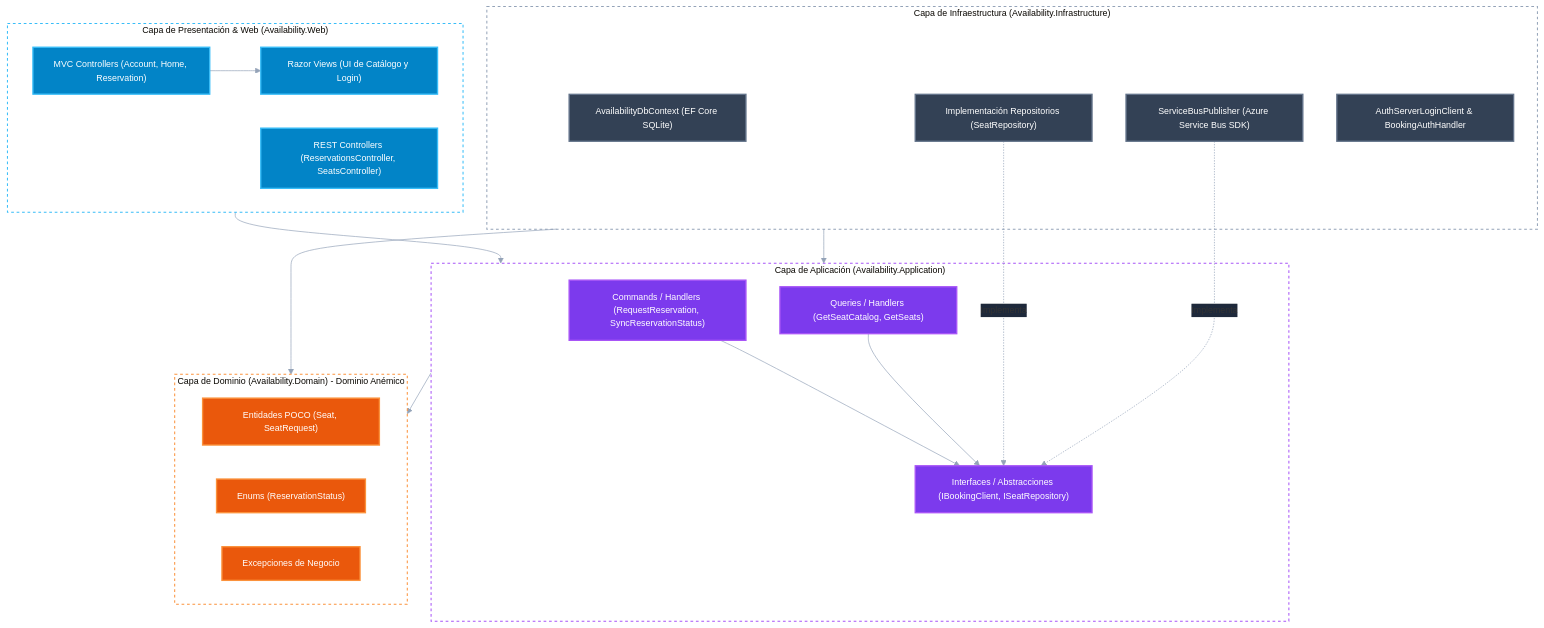
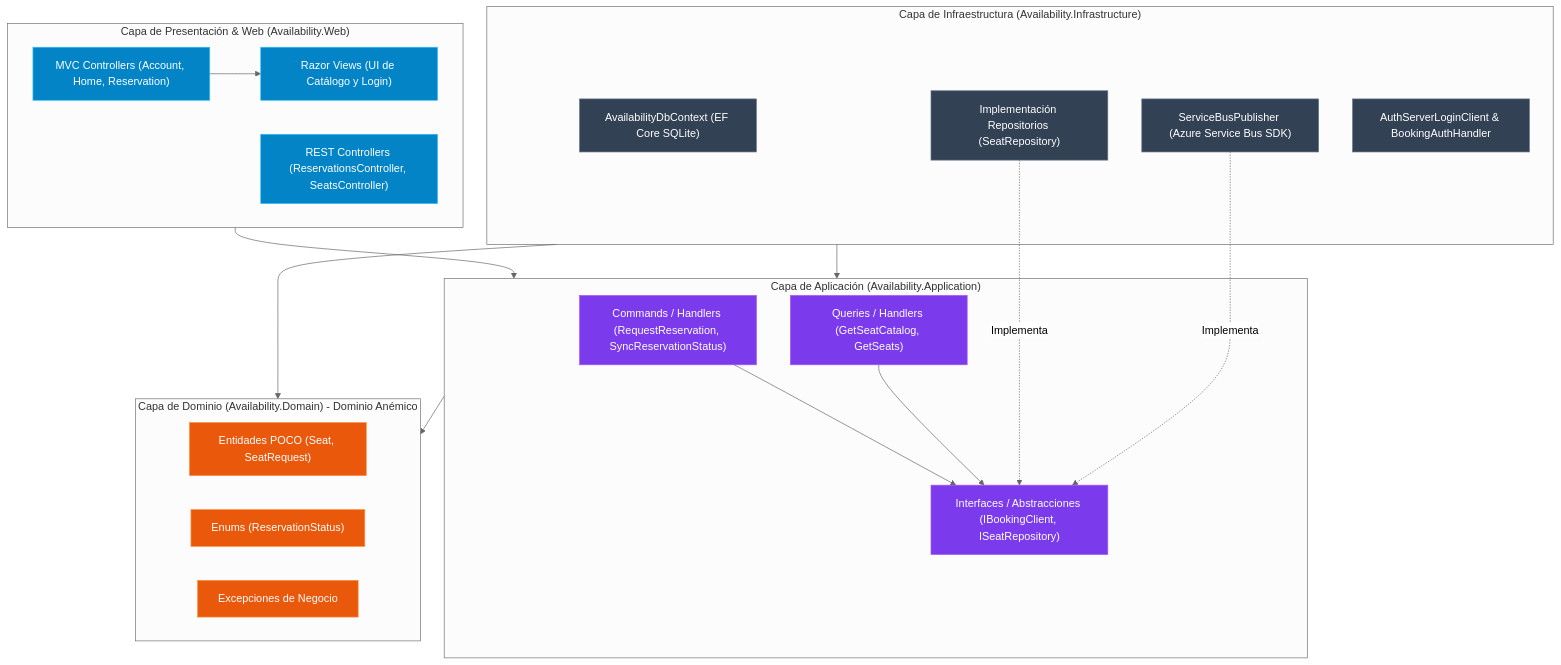
The second of 5 diagrams in docs/diagramas_arquitectura.md (arza-developer/tp-distribuidos-grupo2-asientos), drawn with Mermaid before and after one commit. The commit also changed other lines of this file and 11 other files, not shown here.

Commit message:
docs: corregir contraste neutral mermaid, eliminar inconsistencias y sincronizar e2e

````diff
--- a/docs/diagramas_arquitectura.md
+++ b/docs/diagramas_arquitectura.md
@@ -117,63 +94,48 @@
 ```mermaid
-%%{init: {
-  'theme': 'base',
-  'themeVariables': {
-    'fontSize': '13px',
-    'fontFamily': 'Segoe UI, Helvetica, sans-serif',
-    'textColor': '#f8fafc',
-    'lineColor': '#94a3b8',
-    'edgeLabelBackground': '#1e293b'
-  }
-}}%%
+%%{init: {'theme': 'neutral'}}%%
 flowchart TD
     subgraph PresentationLayer["Capa de Presentación & Web (Availability.Web)"]
         MvcControllers["MVC Controllers (Account, Home, Reservation)"]
         ApiControllers["REST Controllers (ReservationsController, SeatsController)"]
         RazorViews["Razor Views (UI de Catálogo y Login)"]
         MvcControllers --> RazorViews
     end
 
     subgraph ApplicationLayer["Capa de Aplicación (Availability.Application)"]
         Commands["Commands / Handlers (RequestReservation, SyncReservationStatus)"]
         Queries["Queries / Handlers (GetSeatCatalog, GetSeats)"]
         PortsIn["Interfaces / Abstracciones (IBookingClient, ISeatRepository)"]
         Commands --> PortsIn
         Queries --> PortsIn
     end
 
     subgraph DomainLayer["Capa de Dominio (Availability.Domain) - Dominio Anémico"]
         Entities["Entidades POCO (Seat, SeatRequest)"]
         Enums["Enums (ReservationStatus)"]
         Exceptions["Excepciones de Negocio"]
     end
 
     subgraph InfrastructureLayer["Capa de Infraestructura (Availability.Infrastructure)"]
         EFCore["AvailabilityDbContext (EF Core SQLite)"]
         RepoImpl["Implementación Repositorios (SeatRepository)"]
         BusPublisher["ServiceBusPublisher (Azure Service Bus SDK)"]
         AuthClients["AuthServerLoginClient & BookingAuthHandler"]
     end
 
     PresentationLayer --> ApplicationLayer
     ApplicationLayer --> DomainLayer
     InfrastructureLayer --> ApplicationLayer
     InfrastructureLayer --> DomainLayer
     RepoImpl -.->|"Implementa"| PortsIn
     BusPublisher -.->|"Implementa"| PortsIn
 
-    %% Colores por Capa de Clean Architecture
-    classDef presentation fill:#0284c7,stroke:#38bdf8,stroke-width:2px,color:#ffffff;
-    classDef application fill:#7c3aed,stroke:#a855f7,stroke-width:2px,color:#ffffff;
-    classDef domain fill:#ea580c,stroke:#fb923c,stroke-width:2px,color:#ffffff;
-    classDef infra fill:#334155,stroke:#64748b,stroke-width:2px,color:#ffffff;
+    classDef presentation fill:#0284c7,stroke:#38bdf8,color:#ffffff;
+    classDef application fill:#7c3aed,stroke:#a855f7,color:#ffffff;
+    classDef domain fill:#ea580c,stroke:#fb923c,color:#ffffff;
+    classDef infra fill:#334155,stroke:#64748b,color:#ffffff;
 
     class MvcControllers,ApiControllers,RazorViews presentation;
     class Commands,Queries,PortsIn application;
     class Entities,Enums,Exceptions domain;
     class EFCore,RepoImpl,BusPublisher,AuthClients infra;
-
-    style PresentationLayer stroke:#38bdf8,stroke-width:1.5px,stroke-dasharray: 4 4,fill:none
-    style ApplicationLayer stroke:#a855f7,stroke-width:1.5px,stroke-dasharray: 4 4,fill:none
-    style DomainLayer stroke:#fb923c,stroke-width:1.5px,stroke-dasharray: 4 4,fill:none
-    style InfrastructureLayer stroke:#94a3b8,stroke-width:1.5px,stroke-dasharray: 4 4,fill:none
 ```
````
